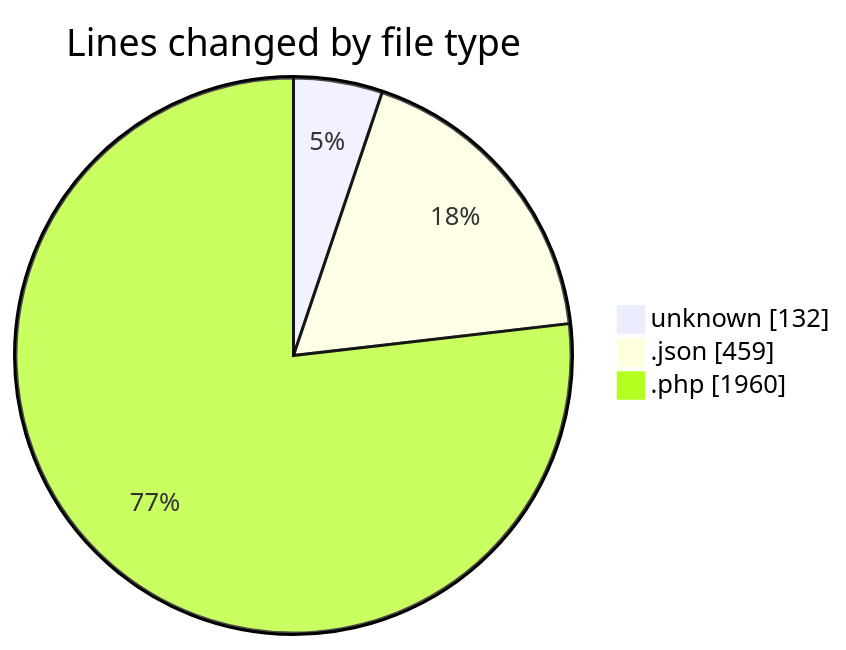
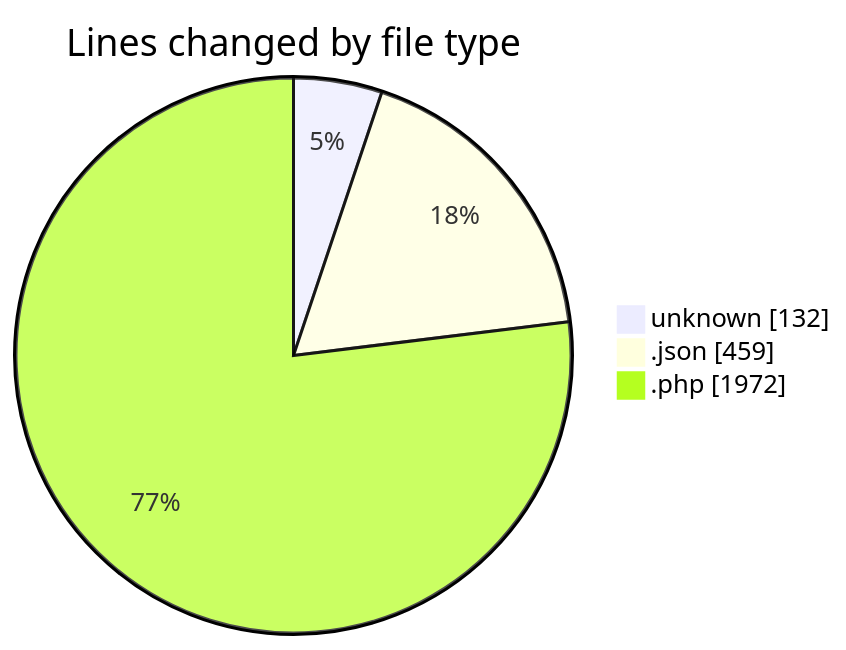
Before and after one commit to idhammustaqopulfikri/code-tracking: the first of 2 diagrams in 2025-03-26/autodidak/README.md, drawn with Mermaid. The commit also changed other lines of this file and 1 other file, not shown here.

````diff
--- a/2025-03-26/autodidak/README.md
+++ b/2025-03-26/autodidak/README.md
@@ -33,7 +33,7 @@
 ```mermaid
 pie showData
 title Lines changed by file type
 "unknown" : 132
 ".json" : 459
-".php" : 1960
+".php" : 1972
 ```
````
